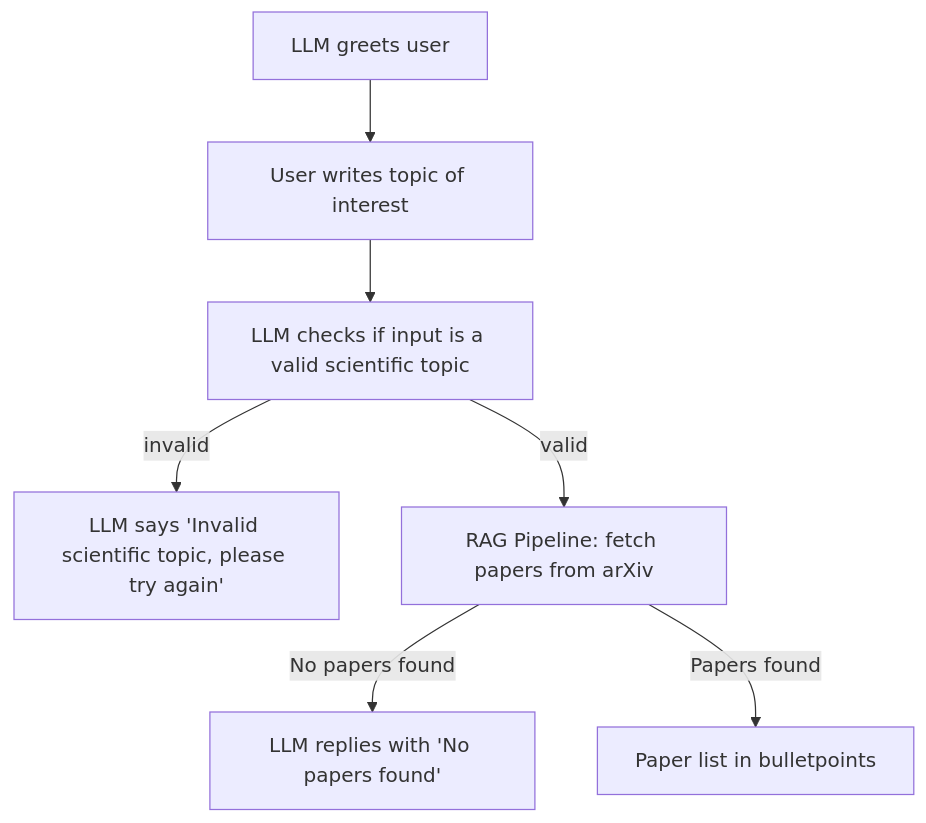
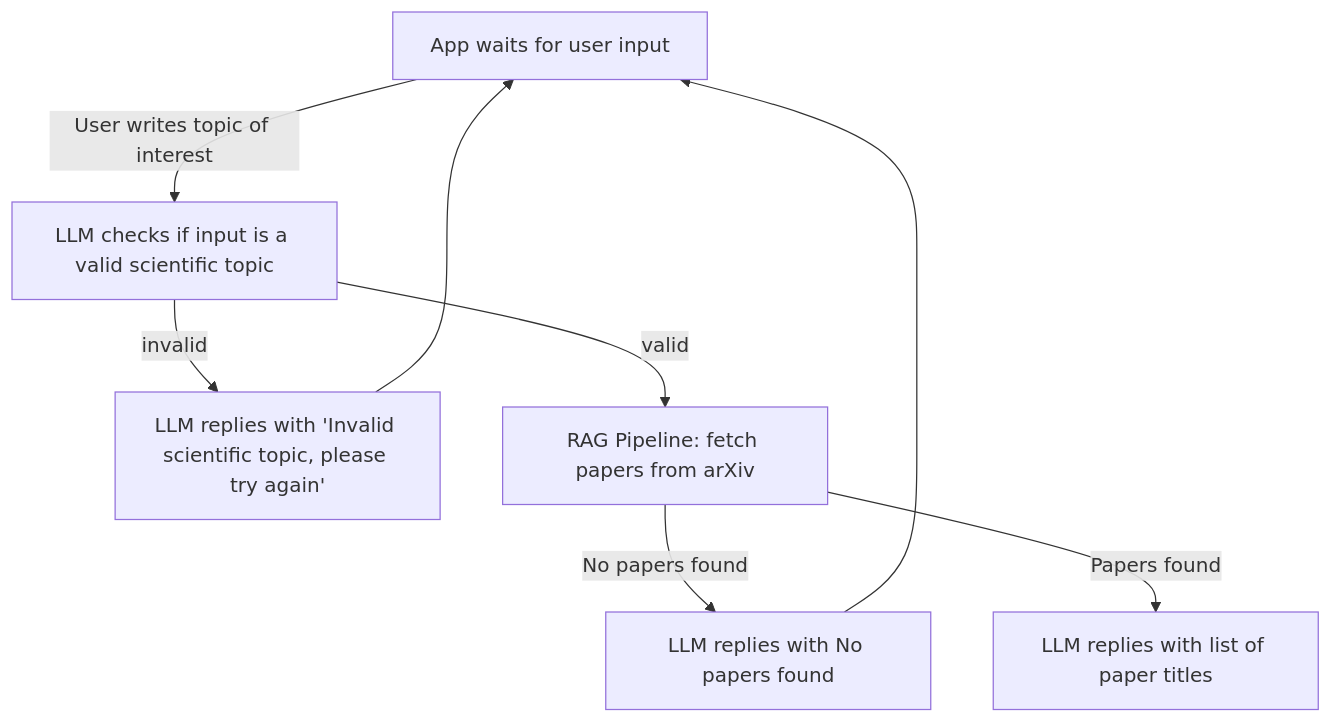
Before and after one commit to ammendes/ScholarSnap: the diagram in README.md, drawn with Mermaid.

````diff
--- a/README.md
+++ b/README.md
@@ -94,16 +94,17 @@
 ```mermaid
 graph TD
-	greet["LLM greets user"]
-	user_input["User writes topic of interest"]
-	typo_check["LLM checks if input is a valid scientific topic"]
-	invalid["LLM says 'Invalid scientific topic, please try again'"]
-	rag["RAG Pipeline: fetch papers from arXiv"]
-	paper_list["Paper list in bulletpoints"]
-	no_papers["LLM replies with 'No papers found'"]
+		greet["App waits for user input"]
+		typo_check["LLM checks if input is a valid scientific topic"]
+		invalid["LLM replies with 'Invalid scientific topic, please try again'"]
+		rag["RAG Pipeline: fetch papers from arXiv"]
+		paper_list["LLM replies with list of paper titles"]
+		no_papers["LLM replies with "No papers found""]
 
-	greet --> user_input --> typo_check
-	typo_check -- invalid --> invalid
-	typo_check -- valid --> rag
-	rag -- "No papers found" --> no_papers
-	rag -- "Papers found" --> paper_list
+		greet -- "User writes topic of interest" --> typo_check
+		typo_check -- invalid --> invalid
+		typo_check -- valid --> rag
+		rag -- "No papers found" --> no_papers
+		rag -- "Papers found" --> paper_list
+		invalid --> greet
+		no_papers --> greet
 ```
````
